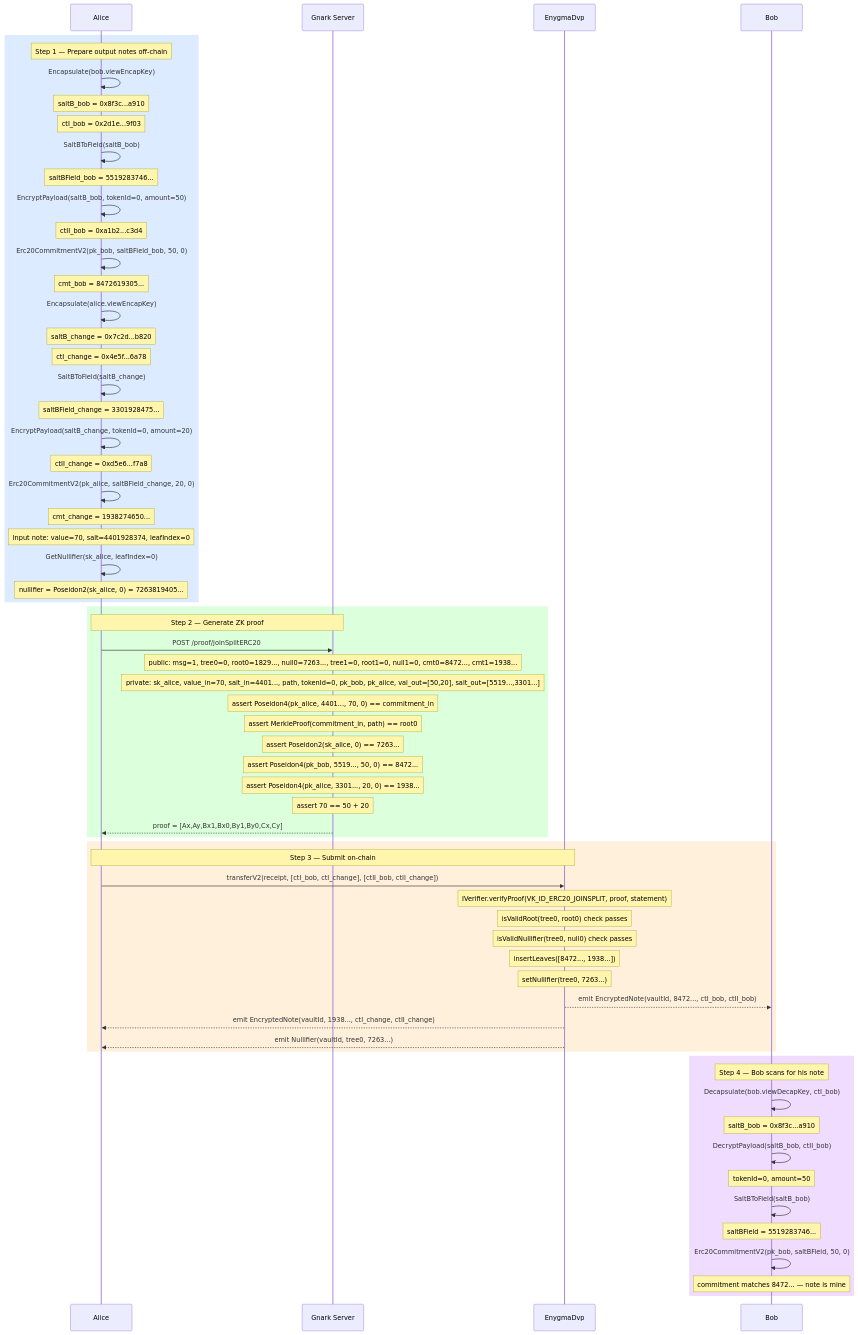
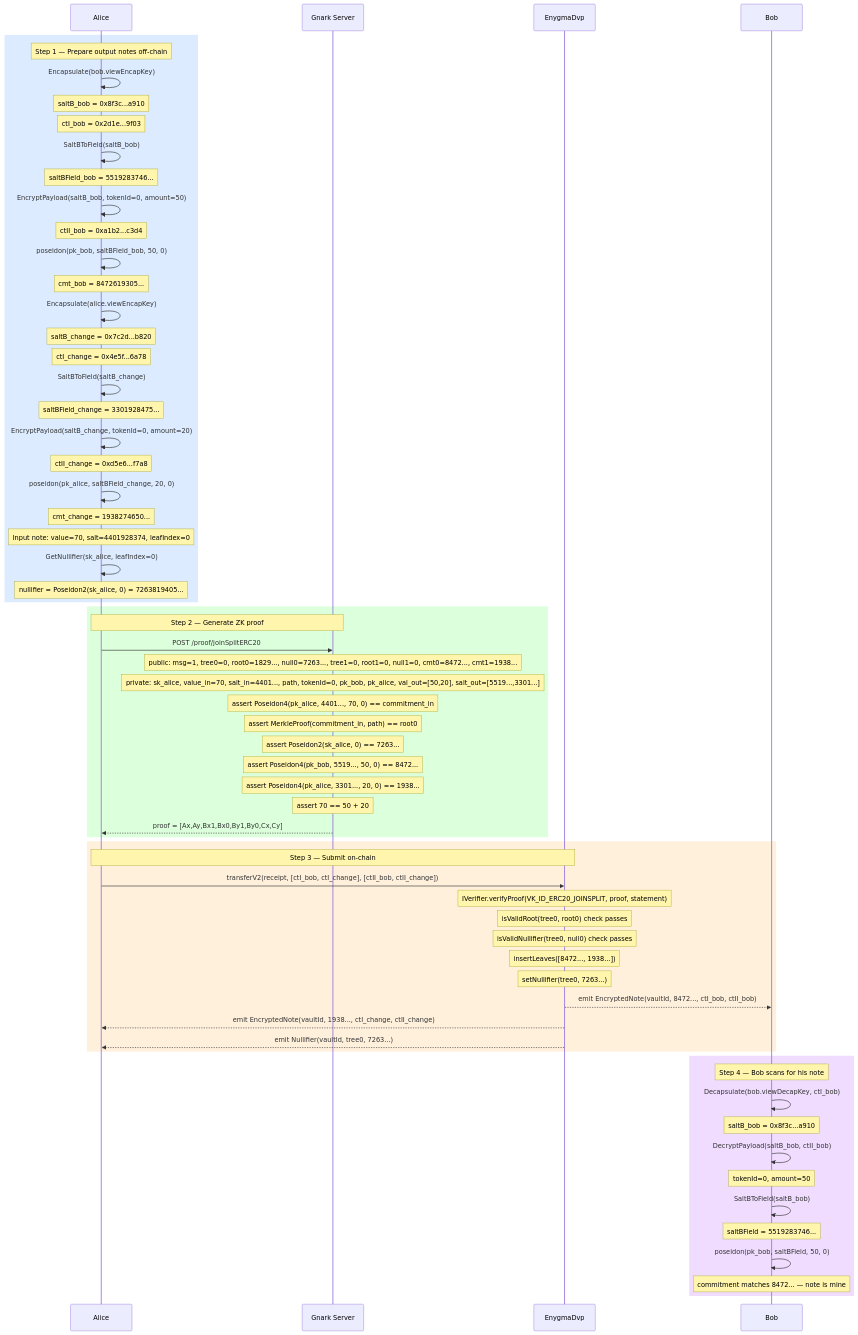
Before and after one commit to yaksetig/Enygma: the diagram in enygma_dvp/docs/flows/03_transfer_erc20.md, drawn with Mermaid. The commit also changed other lines of this file, not shown here.

````diff
--- a/enygma_dvp/docs/flows/03_transfer_erc20.md
+++ b/enygma_dvp/docs/flows/03_transfer_erc20.md
@@ -98,79 +99,79 @@
 ```mermaid
 sequenceDiagram
     participant Alice
     participant Gnark as Gnark Server
     participant DVP as EnygmaDvp
     participant Bob
 
     rect rgb(220, 235, 255)
         Note over Alice: Step 1 — Prepare output notes off-chain
 
         Alice->>Alice: Encapsulate(bob.viewEncapKey)
         Note over Alice: saltB_bob = 0x8f3c...a910
         Note over Alice: ctI_bob   = 0x2d1e...9f03
         Alice->>Alice: SaltBToField(saltB_bob)
         Note over Alice: saltBField_bob = 5519283746...
         Alice->>Alice: EncryptPayload(saltB_bob, tokenId=0, amount=50)
         Note over Alice: ctII_bob = 0xa1b2...c3d4
-        Alice->>Alice: Erc20CommitmentV2(pk_bob, saltBField_bob, 50, 0)
+        Alice->>Alice: poseidon(pk_bob, saltBField_bob, 50, 0)
         Note over Alice: cmt_bob = 8472619305...
 
         Alice->>Alice: Encapsulate(alice.viewEncapKey)
         Note over Alice: saltB_change = 0x7c2d...b820
         Note over Alice: ctI_change   = 0x4e5f...6a78
         Alice->>Alice: SaltBToField(saltB_change)
         Note over Alice: saltBField_change = 3301928475...
         Alice->>Alice: EncryptPayload(saltB_change, tokenId=0, amount=20)
         Note over Alice: ctII_change = 0xd5e6...f7a8
-        Alice->>Alice: Erc20CommitmentV2(pk_alice, saltBField_change, 20, 0)
+        Alice->>Alice: poseidon(pk_alice, saltBField_change, 20, 0)
         Note over Alice: cmt_change = 1938274650...
 
         Note over Alice: Input note: value=70, salt=4401928374, leafIndex=0
         Alice->>Alice: GetNullifier(sk_alice, leafIndex=0)
         Note over Alice: nullifier = Poseidon2(sk_alice, 0) = 7263819405...
     end
 
     rect rgb(220, 255, 220)
         Note over Alice,Gnark: Step 2 — Generate ZK proof
 
         Alice->>Gnark: POST /proof/joinSplitERC20
         Note over Gnark: public: msg=1, tree0=0, root0=1829..., null0=7263..., tree1=0, root1=0, null1=0, cmt0=8472..., cmt1=1938...
         Note over Gnark: private: sk_alice, value_in=70, salt_in=4401..., path, tokenId=0, pk_bob, pk_alice, val_out=[50,20], salt_out=[5519...,3301...]
         Note over Gnark: assert Poseidon4(pk_alice, 4401..., 70, 0) == commitment_in
         Note over Gnark: assert MerkleProof(commitment_in, path) == root0
         Note over Gnark: assert Poseidon2(sk_alice, 0) == 7263...
         Note over Gnark: assert Poseidon4(pk_bob, 5519..., 50, 0) == 8472...
         Note over Gnark: assert Poseidon4(pk_alice, 3301..., 20, 0) == 1938...
         Note over Gnark: assert 70 == 50 + 20
 
         Gnark-->>Alice: proof = [Ax,Ay,Bx1,Bx0,By1,By0,Cx,Cy]
     end
 
     rect rgb(255, 240, 220)
         Note over Alice,DVP: Step 3 — Submit on-chain
 
         Alice->>DVP: transferV2(receipt, [ctI_bob, ctI_change], [ctII_bob, ctII_change])
         Note over DVP: IVerifier.verifyProof(VK_ID_ERC20_JOINSPLIT, proof, statement)
         Note over DVP: isValidRoot(tree0, root0) check passes
         Note over DVP: isValidNullifier(tree0, null0) check passes
         Note over DVP: insertLeaves([8472..., 1938...])
         Note over DVP: setNullifier(tree0, 7263...)
 
         DVP-->>Bob: emit EncryptedNote(vaultId, 8472..., ctI_bob, ctII_bob)
         DVP-->>Alice: emit EncryptedNote(vaultId, 1938..., ctI_change, ctII_change)
         DVP-->>Alice: emit Nullifier(vaultId, tree0, 7263...)
     end
 
     rect rgb(240, 220, 255)
         Note over Bob: Step 4 — Bob scans for his note
 
         Bob->>Bob: Decapsulate(bob.viewDecapKey, ctI_bob)
         Note over Bob: saltB_bob = 0x8f3c...a910
         Bob->>Bob: DecryptPayload(saltB_bob, ctII_bob)
         Note over Bob: tokenId=0, amount=50
         Bob->>Bob: SaltBToField(saltB_bob)
         Note over Bob: saltBField = 5519283746...
-        Bob->>Bob: Erc20CommitmentV2(pk_bob, saltBField, 50, 0)
+        Bob->>Bob: poseidon(pk_bob, saltBField, 50, 0)
         Note over Bob: commitment matches 8472... — note is mine
     end
 ```
````
